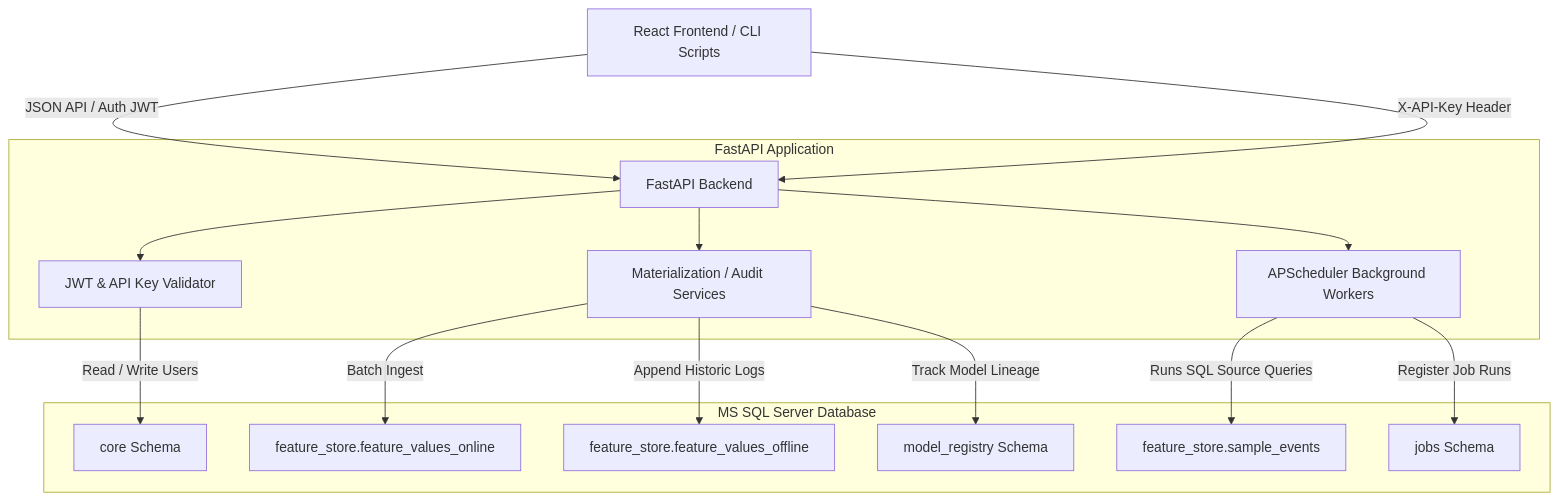
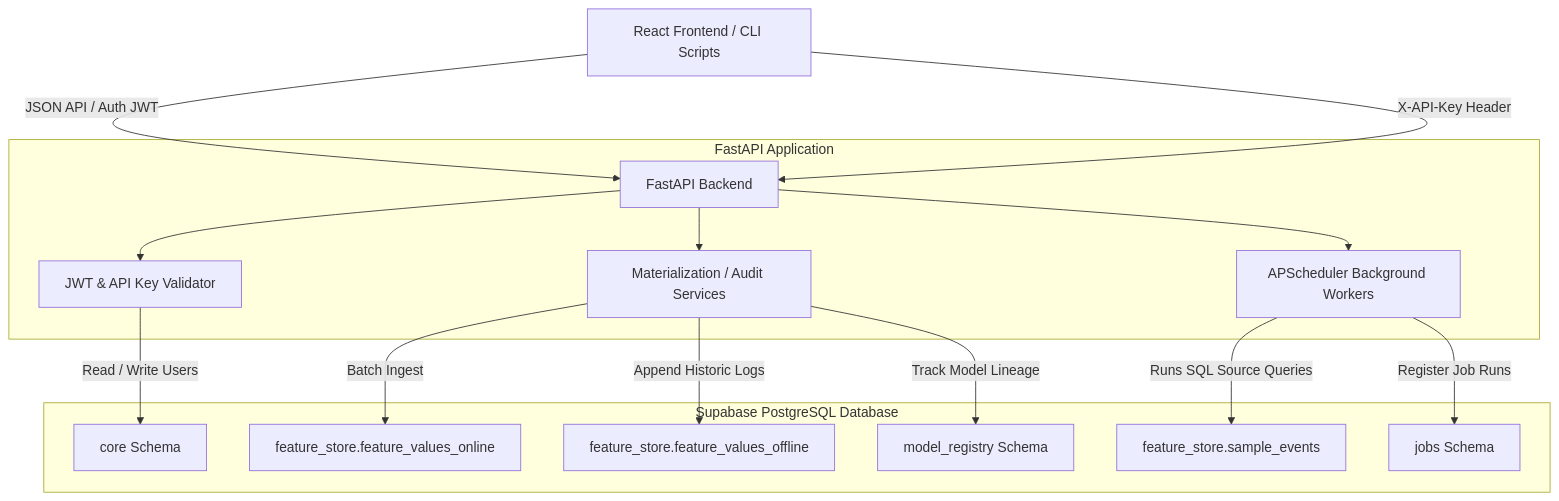
One commit to onyxfuzzx/Feature_store changed the diagram in README.md. Above: the diagram before and after it, drawn with Mermaid. The commit also changed other lines of this file and 13 other files, not shown here.

First line of the commit message:
feat: migrate database from MS SQL Server to Supabase PostgreSQL

````diff
--- a/README.md
+++ b/README.md
@@ -51,21 +51,21 @@
 ```mermaid
 graph TD
     Client[React Frontend / CLI Scripts] -->|JSON API / Auth JWT| API[FastAPI Backend]
     Client -->|X-API-Key Header| API
   
     subgraph FastAPI Application
         API --> Auth[JWT & API Key Validator]
         API --> Services[Materialization / Audit Services]
         API --> Scheduler[APScheduler Background Workers]
     end
   
-    subgraph MS SQL Server Database
+    subgraph Supabase PostgreSQL Database
         Scheduler -->|Runs SQL Source Queries| SampleEvents[feature_store.sample_events]
         Services -->|Batch Ingest| OnlineStore[feature_store.feature_values_online]
         Services -->|Append Historic Logs| OfflineStore[feature_store.feature_values_offline]
       
         Auth -->|Read / Write Users| CoreSchema[core Schema]
         Services -->|Track Model Lineage| RegistrySchema[model_registry Schema]
         Scheduler -->|Register Job Runs| JobsSchema[jobs Schema]
     end
 ```
````
